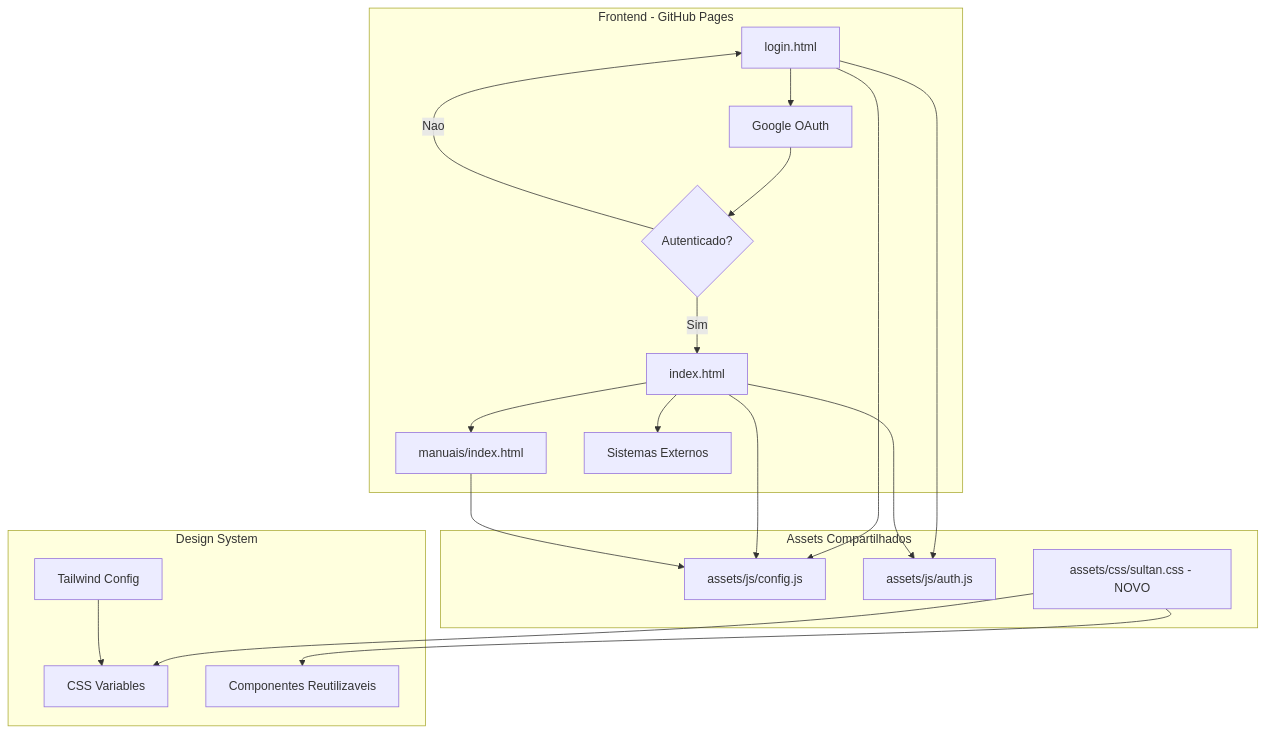
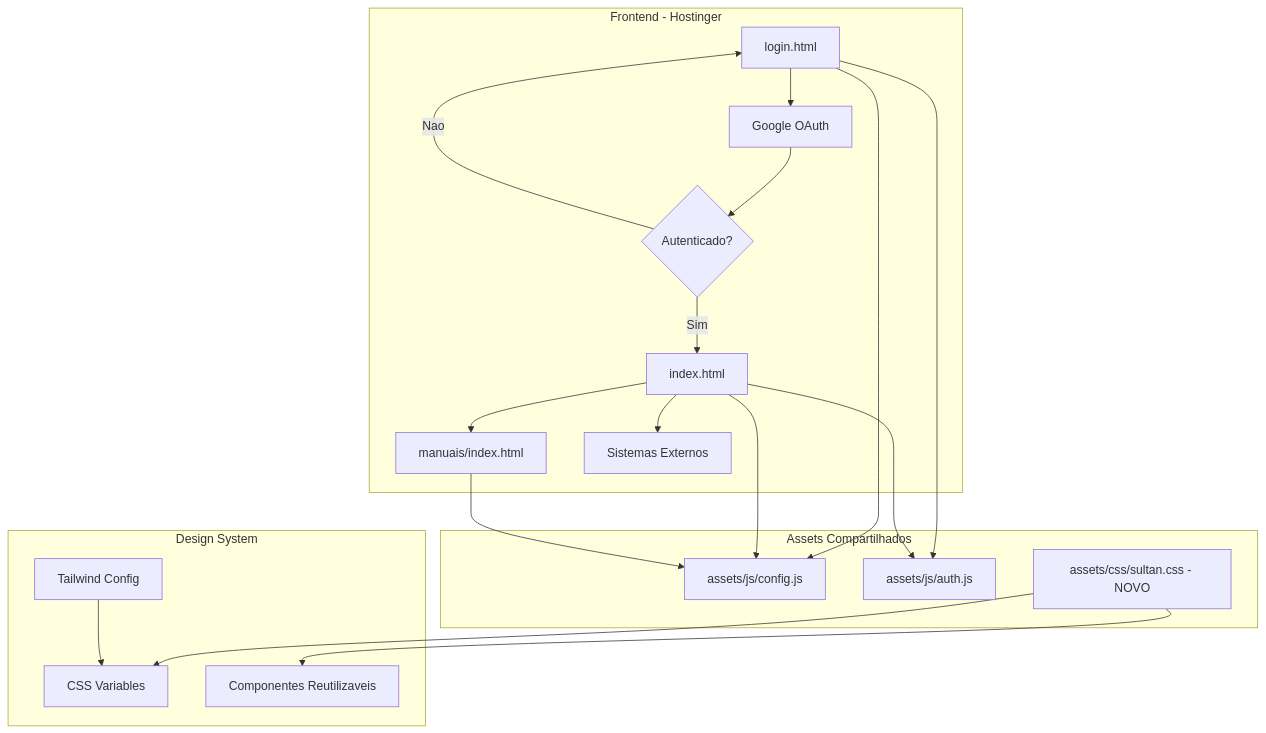
One commit to cohgus/alsultan-web changed the first of 9 diagrams in specs/design/design.md. Above: the diagram before and after it, drawn with Mermaid. The commit also changed other lines of this file and 3 other files, not shown here.

````diff
--- a/specs/design/design.md
+++ b/specs/design/design.md
@@ -52,33 +52,33 @@
 ```mermaid
 graph TB
-    subgraph "Frontend - GitHub Pages"
+    subgraph "Frontend - Hostinger"
         A[login.html] --> B[Google OAuth]
         B --> C{Autenticado?}
         C -->|Sim| D[index.html]
         C -->|Nao| A
         D --> E[manuais/index.html]
         D --> F[Sistemas Externos]
     end
 
     subgraph "Assets Compartilhados"
         G[assets/js/config.js]
         H[assets/js/auth.js]
         I[assets/css/sultan.css - NOVO]
     end
 
     subgraph "Design System"
         J[CSS Variables]
         K[Componentes Reutilizaveis]
         L[Tailwind Config]
     end
 
     A --> G
     A --> H
     D --> G
     D --> H
     E --> G
 
     I --> J
     I --> K
     L --> J
 ```
````
